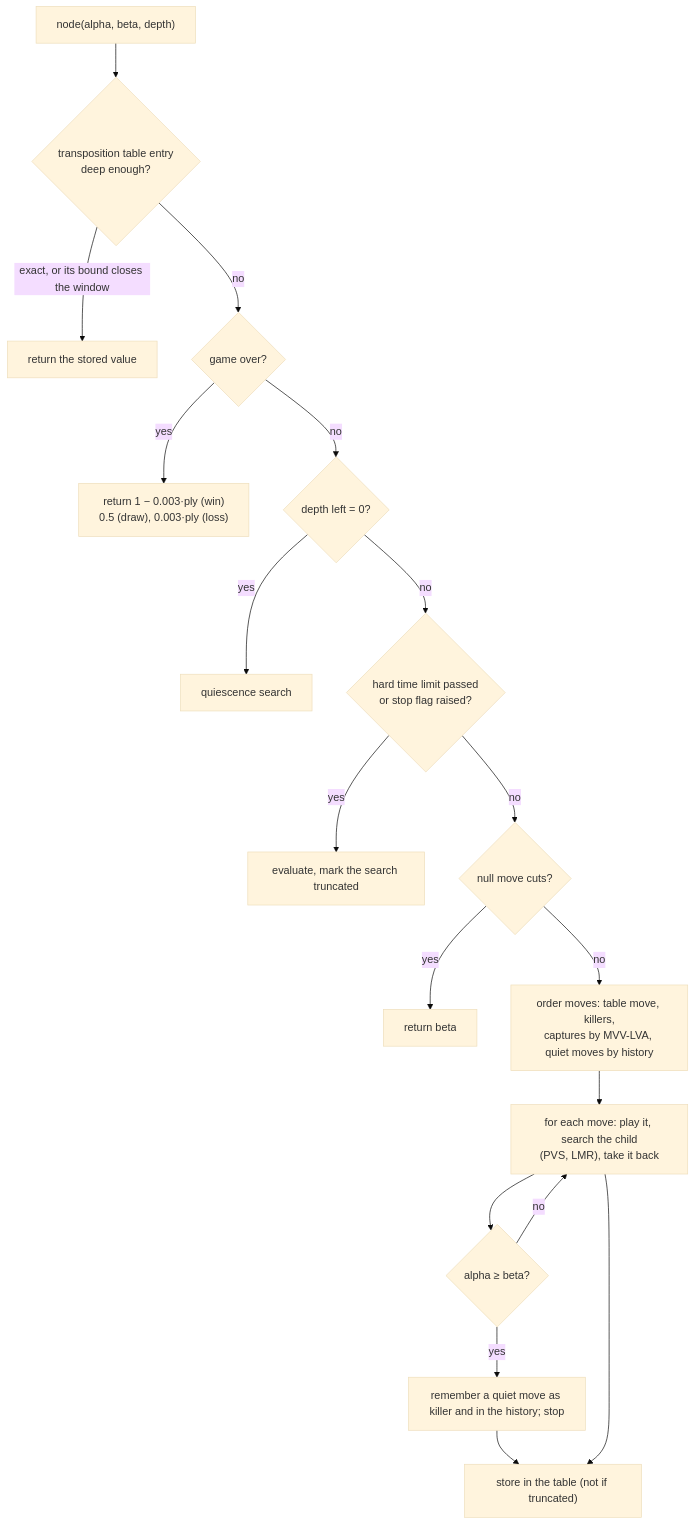
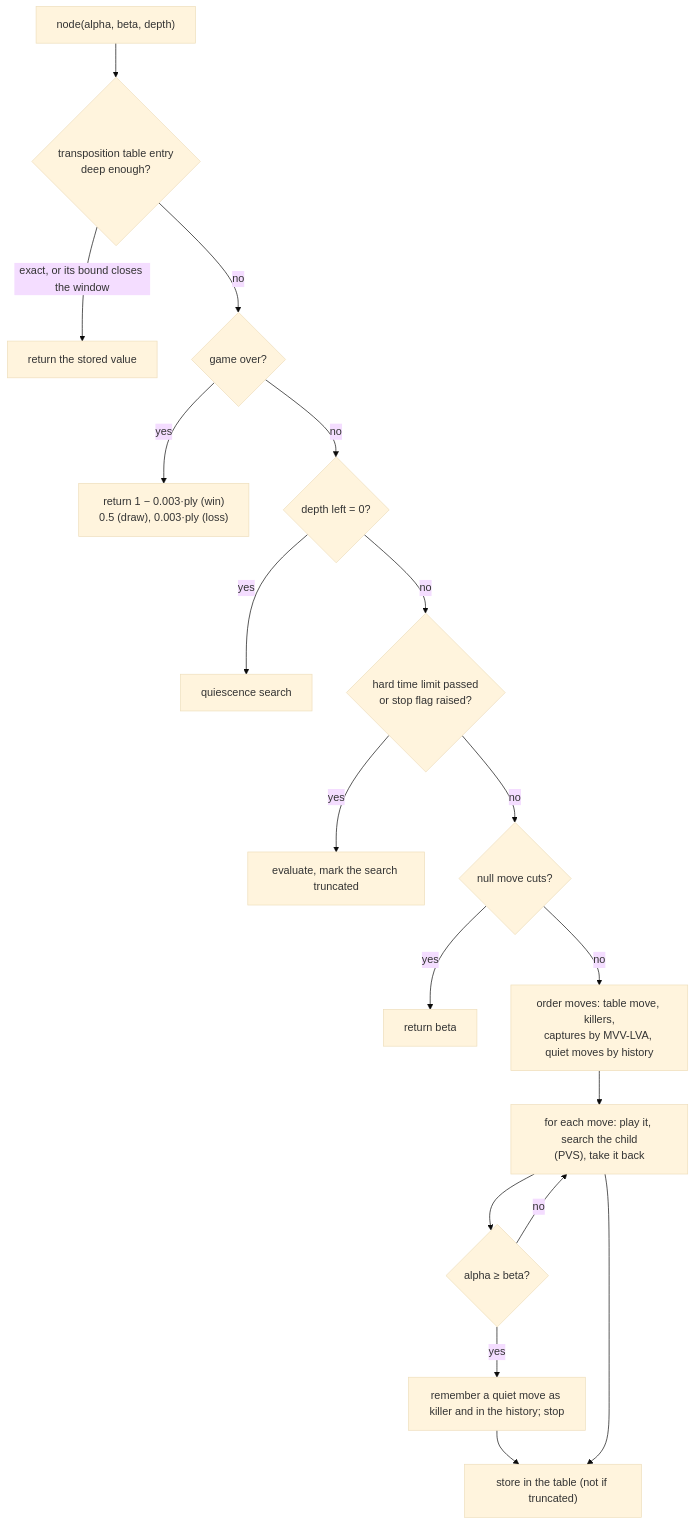
One commit to JoaquinDeVA/chess-ai-engine changed the diagram in docs/SEARCH.md. Above: the diagram before and after it, drawn with Mermaid (base theme). The commit also changed other lines of this file and 1 other file, not shown here.

Commit message:
docs: drop the removed models and LMR from the changelog and the search page

````diff
--- a/docs/SEARCH.md
+++ b/docs/SEARCH.md
@@ -69,20 +69,20 @@
 ```mermaid
 flowchart TD
     N["node(alpha, beta, depth)"] --> T{"transposition table entry<br/>deep enough?"}
     T -- "exact, or its bound closes the window" --> R1["return the stored value"]
     T -- no --> X{"game over?"}
     X -- yes --> R2["return 1 − 0.003·ply (win)<br/>0.5 (draw), 0.003·ply (loss)"]
     X -- no --> D{"depth left = 0?"}
     D -- yes --> Q["quiescence search"]
     D -- no --> C{"hard time limit passed<br/>or stop flag raised?"}
     C -- yes --> R4["evaluate, mark the search truncated"]
     C -- no --> NM{"null move cuts?"}
     NM -- yes --> R5["return beta"]
     NM -- no --> O["order moves: table move, killers,<br/>captures by MVV-LVA, quiet moves by history"]
-    O --> L["for each move: play it, search the child<br/>(PVS, LMR), take it back"]
+    O --> L["for each move: play it, search the child<br/>(PVS), take it back"]
     L --> P{"alpha ≥ beta?"}
     P -- yes --> K["remember a quiet move as killer and in the history; stop"]
     P -- no --> L
     K --> S["store in the table (not if truncated)"]
     L --> S
 ```
````
